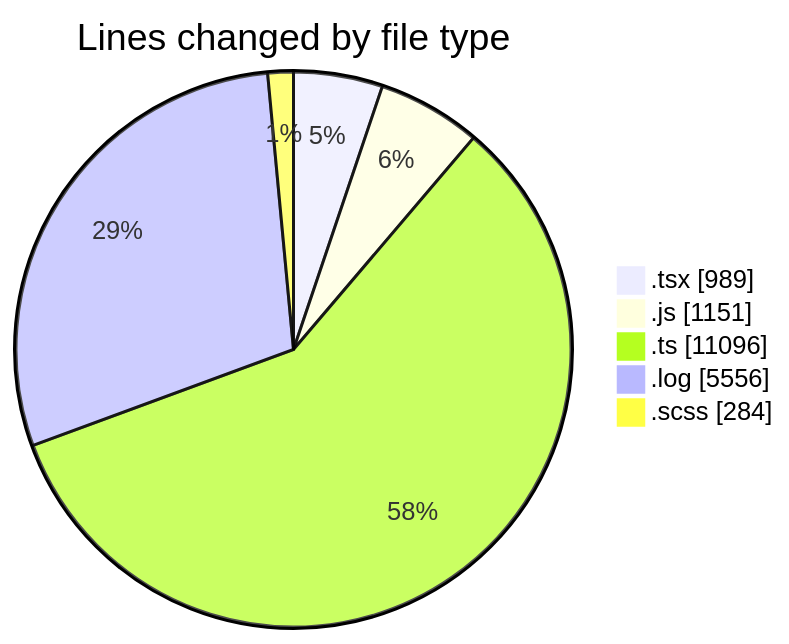
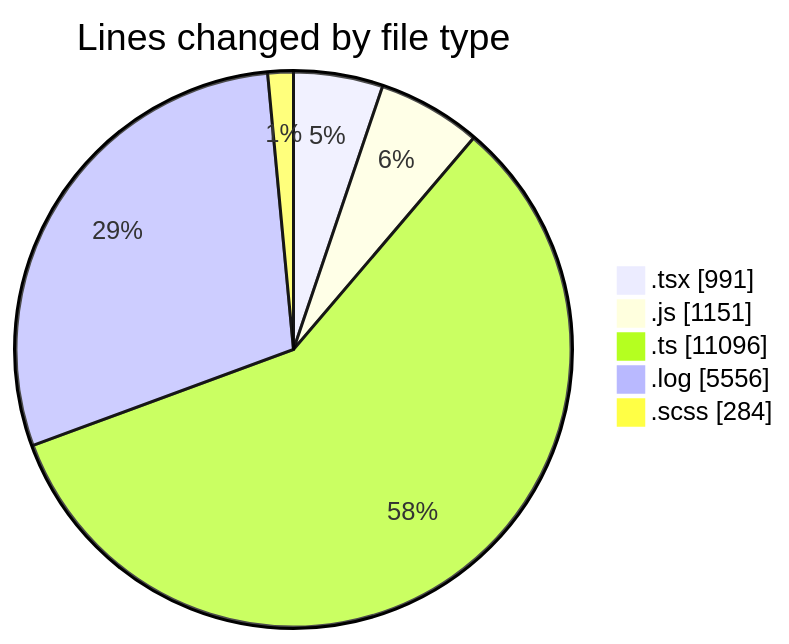
One commit to momahboobian/code-tracking changed the first of 2 diagrams in 2026-04-09/cda/README.md. Above: the diagram before and after it, drawn with Mermaid. The commit also changed other lines of this file and 1 other file, not shown here.

````diff
--- a/2026-04-09/cda/README.md
+++ b/2026-04-09/cda/README.md
@@ -32,9 +32,9 @@
 ```mermaid
 pie showData
 title Lines changed by file type
-".tsx" : 989
+".tsx" : 991
 ".js" : 1151
 ".ts" : 11096
 ".log" : 5556
 ".scss" : 284
 ```
````
